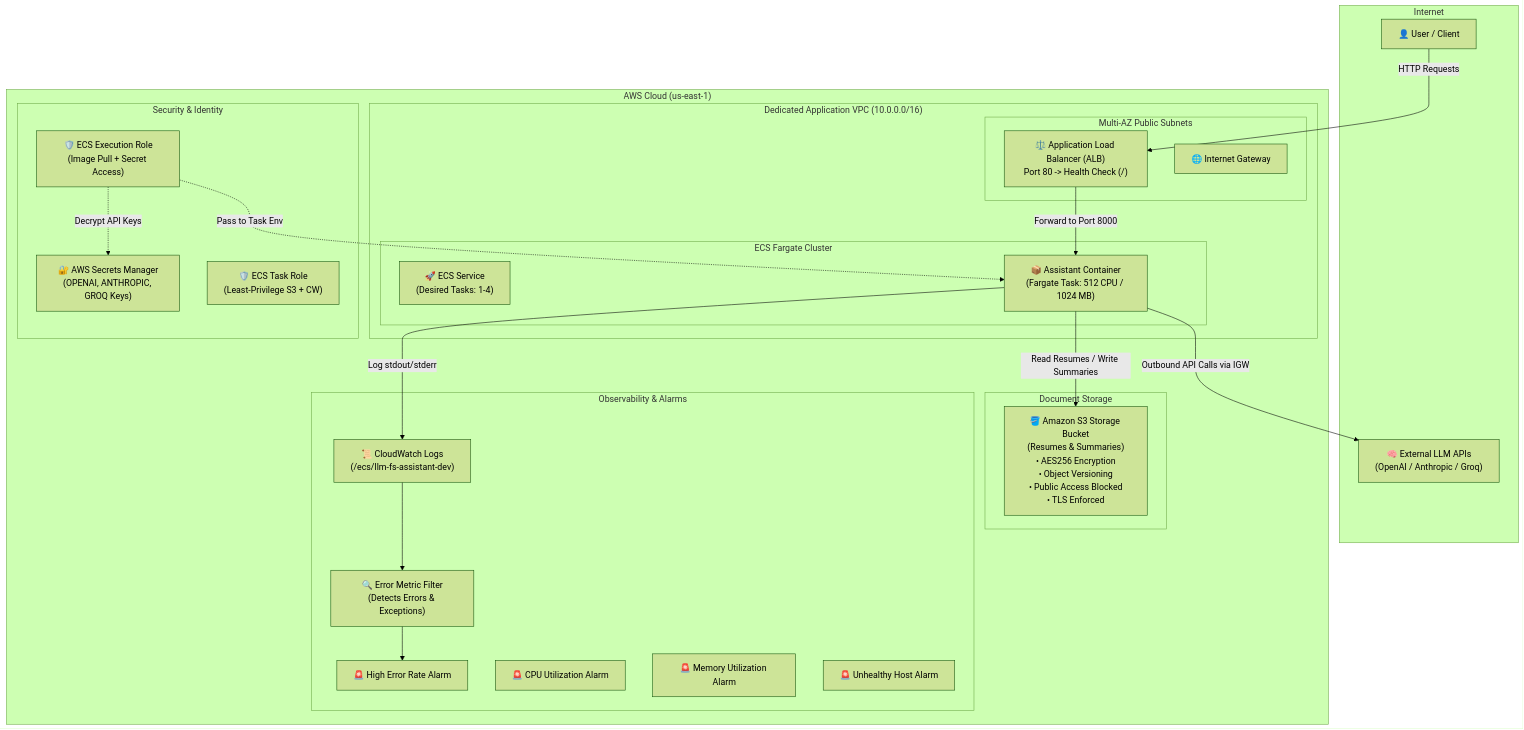
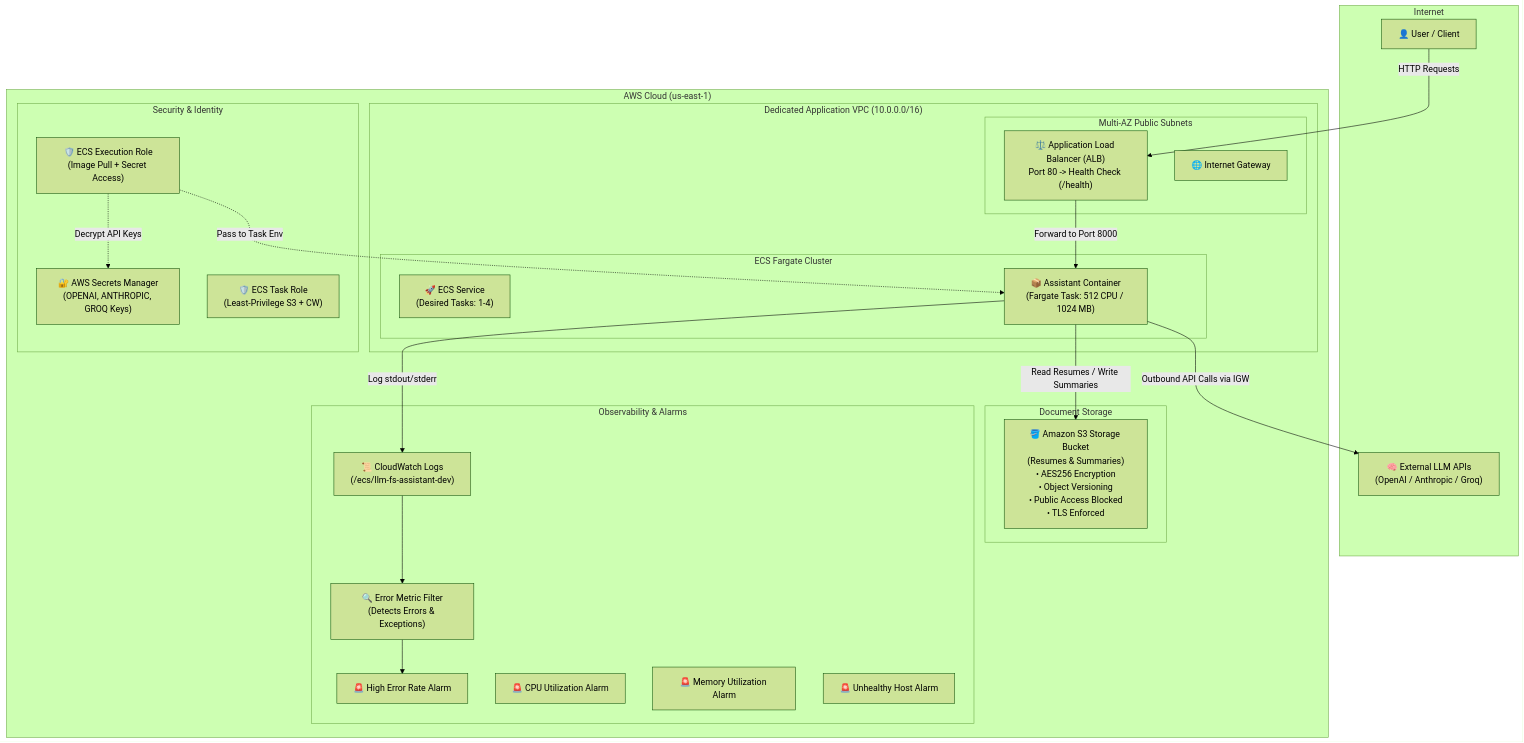
The diagram in infra/terraform/TERRAFORM_GUIDE.md (Shubhankart101/LLM-PoweredFileSystemAssistant), drawn with Mermaid (forest theme) before and after one commit. The commit also changed other lines of this file and 32 other files, not shown here.

````diff
--- a/infra/terraform/TERRAFORM_GUIDE.md
+++ b/infra/terraform/TERRAFORM_GUIDE.md
@@ -9,49 +9,49 @@
 ```mermaid
 flowchart TD
     subgraph Internet
         User["👤 User / Client"]
         LLMs["🧠 External LLM APIs<br/>(OpenAI / Anthropic / Groq)"]
     end
 
     subgraph AWS["AWS Cloud (us-east-1)"]
         subgraph VPC["Dedicated Application VPC (10.0.0.0/16)"]
             subgraph PublicSubnets["Multi-AZ Public Subnets"]
-                ALB["⚖️ Application Load Balancer (ALB)<br/>Port 80 -> Health Check (/)"]
+                ALB["⚖️ Application Load Balancer (ALB)<br/>Port 80 -> Health Check (/health)"]
                 IGW["🌐 Internet Gateway"]
             end
 
             subgraph Compute["ECS Fargate Cluster"]
                 Service["🚀 ECS Service<br/>(Desired Tasks: 1-4)"]
                 Task["📦 Assistant Container<br/>(Fargate Task: 512 CPU / 1024 MB)"]
             end
         end
 
         subgraph SecurityAndSecrets["Security & Identity"]
             SM["🔐 AWS Secrets Manager<br/>(OPENAI, ANTHROPIC, GROQ Keys)"]
             IAM_Exec["🛡️ ECS Execution Role<br/>(Image Pull + Secret Access)"]
             IAM_Task["🛡️ ECS Task Role<br/>(Least-Privilege S3 + CW)"]
         end
 
         subgraph Storage["Document Storage"]
             S3["🪣 Amazon S3 Storage Bucket<br/>(Resumes & Summaries)<br/>• AES256 Encryption<br/>• Object Versioning<br/>• Public Access Blocked<br/>• TLS Enforced"]
         end
 
         subgraph Monitoring["Observability & Alarms"]
             CW_Logs["📜 CloudWatch Logs<br/>(/ecs/llm-fs-assistant-dev)"]
             MetricFilter["🔍 Error Metric Filter<br/>(Detects Errors & Exceptions)"]
             Alarm1["🚨 High Error Rate Alarm"]
             Alarm2["🚨 CPU Utilization Alarm"]
             Alarm3["🚨 Memory Utilization Alarm"]
             Alarm4["🚨 Unhealthy Host Alarm"]
         end
     end
 
     User -->|HTTP Requests| ALB
     ALB -->|Forward to Port 8000| Task
     Task -->|Outbound API Calls via IGW| LLMs
     Task -->|Read Resumes / Write Summaries| S3
     Task -->|Log stdout/stderr| CW_Logs
     IAM_Exec -.->|Decrypt API Keys| SM
     IAM_Exec -.->|Pass to Task Env| Task
     CW_Logs --> MetricFilter --> Alarm1
 ```
````
